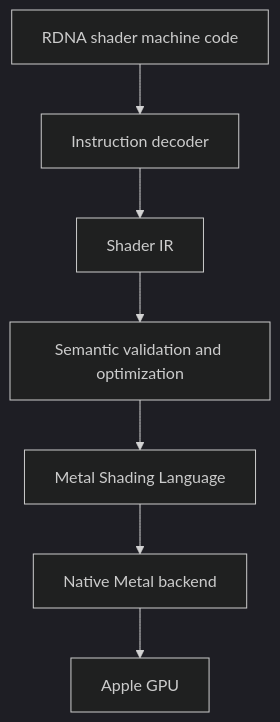
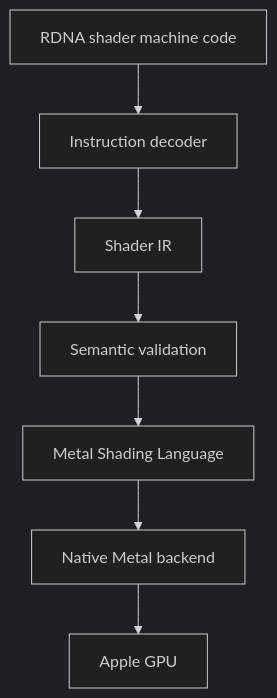
One commit to 1Bartosz/Xenora changed the diagram in README.md. Above: the diagram before and after it, drawn with Mermaid (dark theme). The commit also changed other lines of this file and 82 other files, not shown here.

````diff
--- a/README.md
+++ b/README.md
@@ -19,9 +19,9 @@
 ```mermaid
 flowchart TD
     A[RDNA shader machine code] --> B[Instruction decoder]
     B --> C[Shader IR]
-    C --> D[Semantic validation and optimization]
+    C --> D[Semantic validation]
     D --> E[Metal Shading Language]
     E --> F[Native Metal backend]
     F --> G[Apple GPU]
 ```
````
